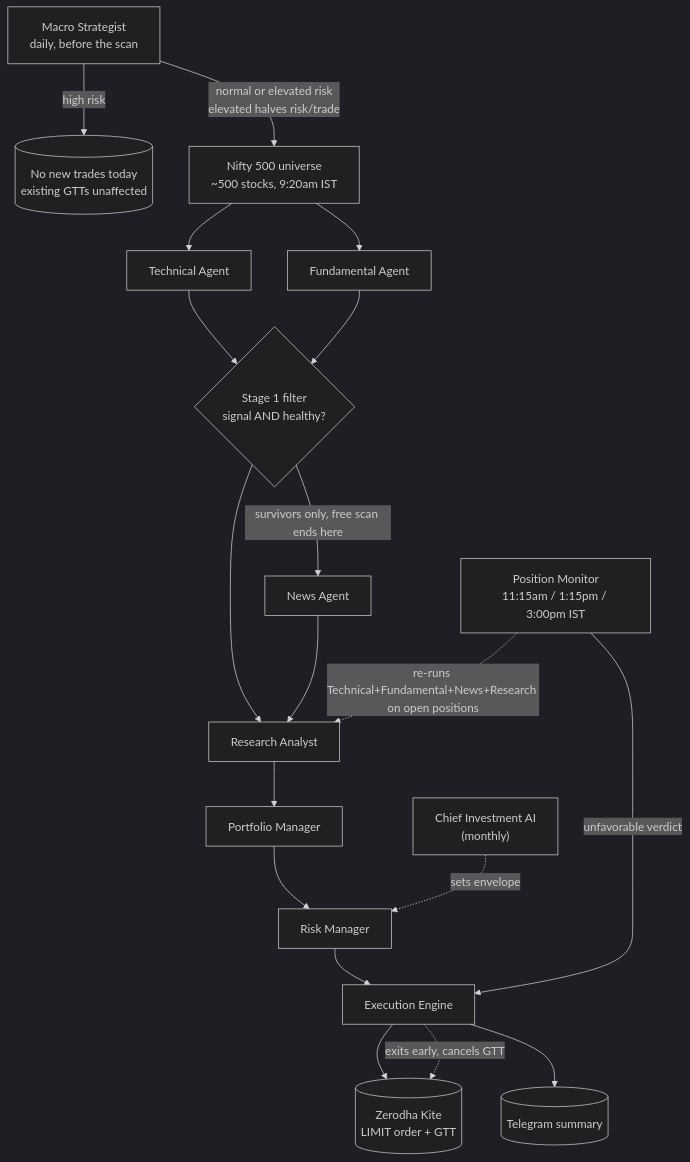
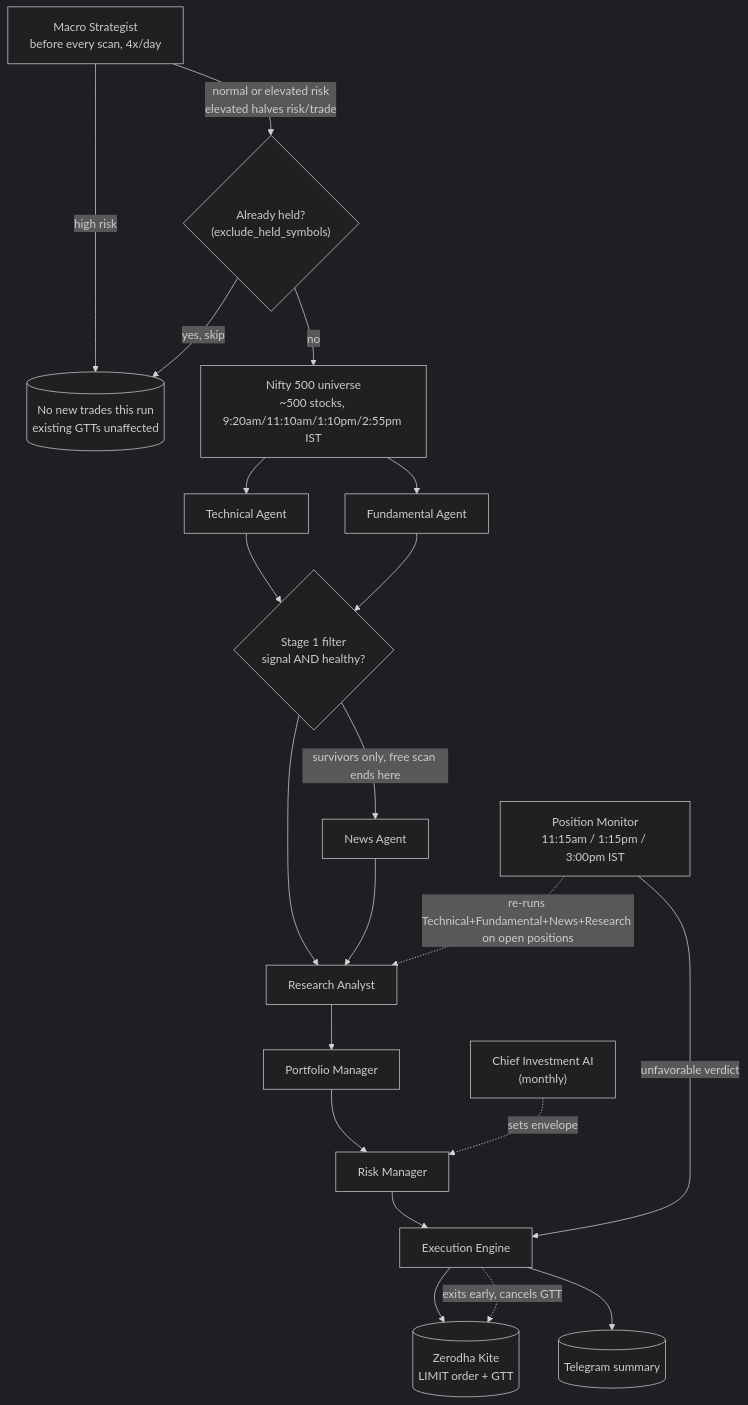
The diagram in AGENT_STRUCTURE.md (surajsurana/StockTradingBot), drawn with Mermaid (dark theme) before and after one commit. The commit also changed other lines of this file and 3 other files, not shown here.

First line of the commit message:
Run the new-trade scan multiple times a day, not just once at open

````diff
--- a/AGENT_STRUCTURE.md
+++ b/AGENT_STRUCTURE.md
@@ -31,24 +31,26 @@
 ```mermaid
 flowchart TD
-    MACRO["Macro Strategist<br/>daily, before the scan"]
-    MACRO -->|high risk| SKIP[("No new trades today<br/>existing GTTs unaffected")]
-    MACRO -->|normal or elevated risk<br/>elevated halves risk/trade| U["Nifty 500 universe<br/>~500 stocks, 9:20am IST"]
+    MACRO["Macro Strategist<br/>before every scan, 4x/day"]
+    MACRO -->|high risk| SKIP[("No new trades this run<br/>existing GTTs unaffected")]
+    MACRO -->|normal or elevated risk<br/>elevated halves risk/trade| HELD{"Already held?<br/>(exclude_held_symbols)"}
+    HELD -->|yes, skip| SKIP
+    HELD -->|no| U["Nifty 500 universe<br/>~500 stocks, 9:20am/11:10am/1:10pm/2:55pm IST"]
     U --> TECH[Technical Agent]
     U --> FUND[Fundamental Agent]
     TECH --> S1{"Stage 1 filter<br/>signal AND healthy?"}
     FUND --> S1
     S1 -->|survivors only, free scan ends here| NEWS[News Agent]
     S1 --> RESEARCH[Research Analyst]
     NEWS --> RESEARCH
     RESEARCH --> PM[Portfolio Manager]
     PM --> RM[Risk Manager]
     CIO["Chief Investment AI<br/>(monthly)"] -.sets envelope.-> RM
     RM --> EXEC[Execution Engine]
     EXEC --> KITE[("Zerodha Kite<br/>LIMIT order + GTT")]
     EXEC --> TG[("Telegram summary")]
 
     MON["Position Monitor<br/>11:15am / 1:15pm / 3:00pm IST"]
     MON -.re-runs Technical+Fundamental+News+Research on open positions.-> RESEARCH
     MON -->|unfavorable verdict| EXEC
     EXEC -.exits early, cancels GTT.-> KITE
 ```
````
